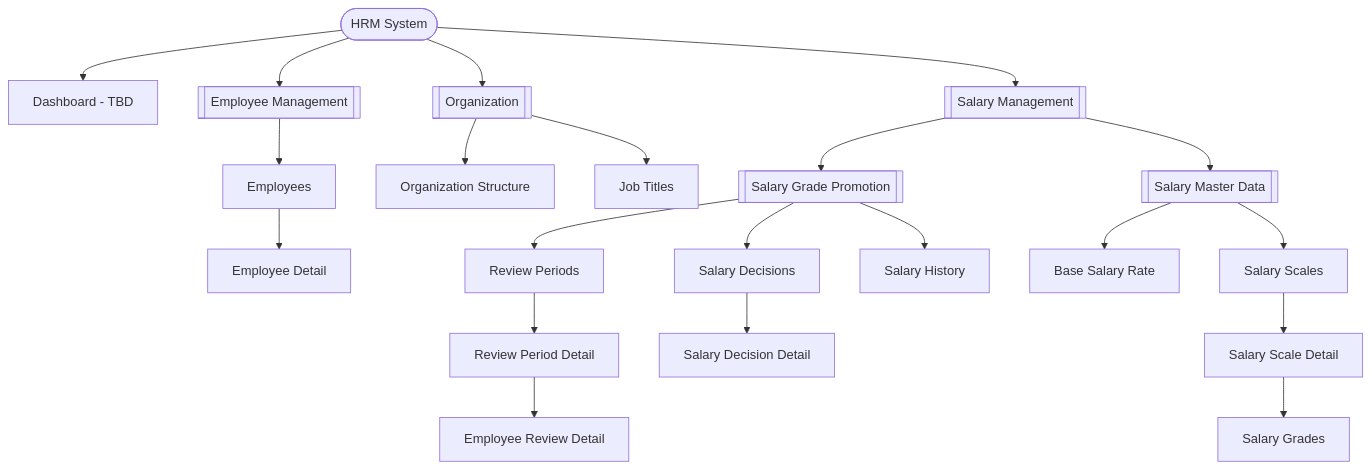
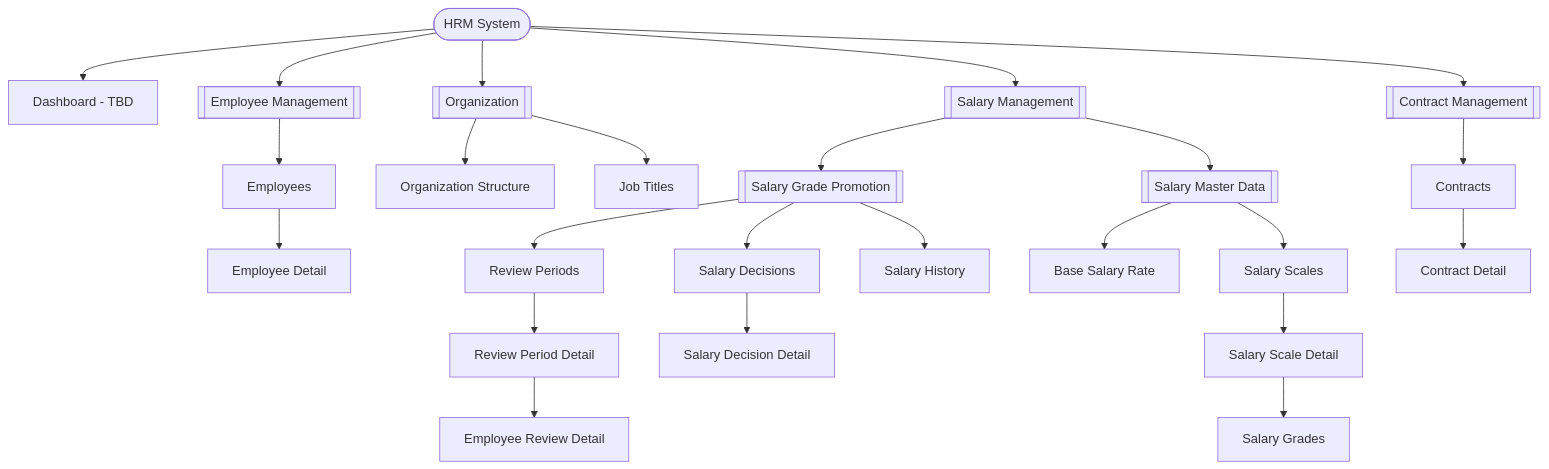
The diagram in Docs/UI-UX/InformationArchitecture_HRM.md (sang2197/QuanLyNhanSu-NguyenVanSang), drawn with Mermaid before and after one commit. The commit also changed other lines of this file and 4 other files, not shown here.

Commit message:
feat: Thêm use case và information architecture cho quản lý hợp đồng

````diff
--- a/Docs/UI-UX/InformationArchitecture_HRM.md
+++ b/Docs/UI-UX/InformationArchitecture_HRM.md
@@ -39,38 +41,43 @@
 ```mermaid
 flowchart TD
     Root([HRM System])
 
     Root --> Dashboard[Dashboard - TBD]
     Root --> EM[[Employee Management]]
     Root --> ORG[[Organization]]
     Root --> COMP[[Salary Management]]
+    Root --> CON[[Contract Management]]
 
     %% Employee Management
     EM --> EMP[Employees]
     EMP --> ED[Employee Detail]
 
     %% Organization Management
     ORG --> OS[Organization Structure]
     ORG --> JT[Job Titles]
 
     %% Salary Management
     COMP --> SGP[[Salary Grade Promotion]]
     COMP --> SMD[[Salary Master Data]]
 
     %% Salary Grade Promotion
     SGP --> RP[Review Periods]
     SGP --> SD[Salary Decisions]
     SGP --> SH[Salary History]
 
     RP --> RPD[Review Period Detail]
     RPD --> ERD[Employee Review Detail]
 
     SD --> SDD[Salary Decision Detail]
 
     %% Salary Master Data
     SMD --> BSR[Base Salary Rate]
     SMD --> SS[Salary Scales]
 
     SS --> SSD[Salary Scale Detail]
     SSD --> SG[Salary Grades]
+
+    %% Contract Management
+    CON --> CL[Contracts]
+    CL --> CD[Contract Detail]
 ```
````
